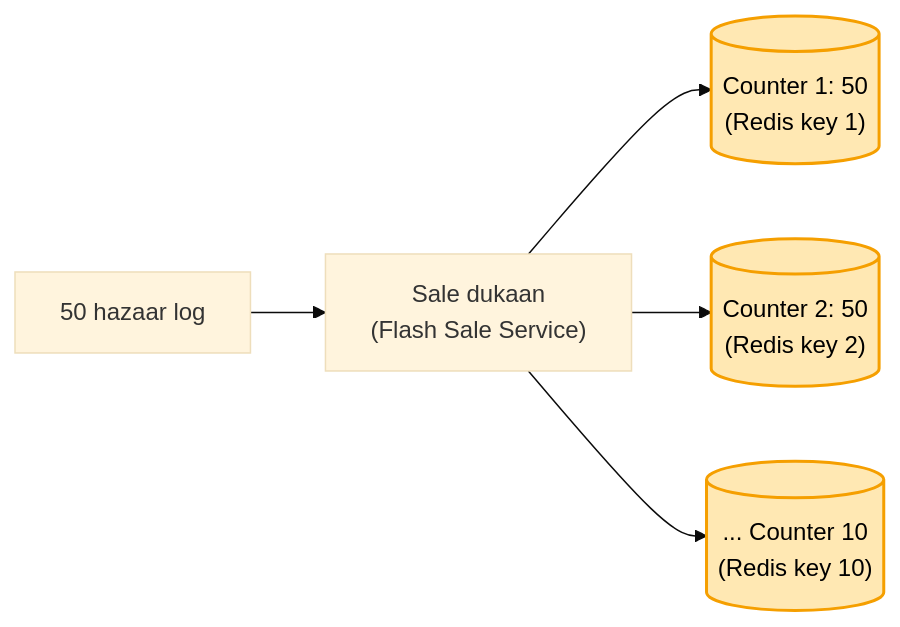
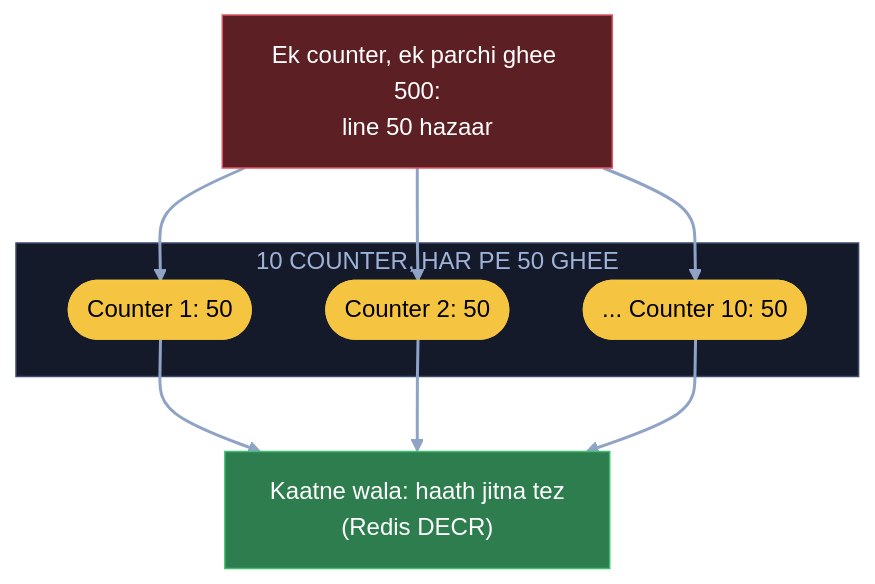
The third of 7 diagrams in 04_HLD/SYSTEM_DESIGNS/17_ecommerce/17_ecommerce.md (ArpanMaheshwari144/Prep), drawn with Mermaid (base theme) before and after one commit. The commit also changed other lines of this file, not shown here.

Commit message:
E-commerce: 7 diagram hand notes ke shabdon se (mausi ka mart, godown / shelf, sale gate)

````diff
--- a/04_HLD/SYSTEM_DESIGNS/17_ecommerce/17_ecommerce.md
+++ b/04_HLD/SYSTEM_DESIGNS/17_ecommerce/17_ecommerce.md
@@ -87,10 +112,22 @@
 ```mermaid
-flowchart LR
-    U["50 hazaar log"] --> F["Sale dukaan<br/>(Flash Sale Service)"]
-    F --> C1[("Counter 1: 50<br/>(Redis key 1)")]
-    F --> C2[("Counter 2: 50<br/>(Redis key 2)")]
-    F --> CN[("... Counter 10<br/>(Redis key 10)")]
-    style C1 fill:#ffe8b3,stroke:#f59f00,stroke-width:2px,color:#000
-    style C2 fill:#ffe8b3,stroke:#f59f00,stroke-width:2px,color:#000
-    style CN fill:#ffe8b3,stroke:#f59f00,stroke-width:2px,color:#000
+flowchart TB
+    X["Ek counter, ek parchi ghee 500:<br/>line 50 hazaar"]:::bad
+    subgraph TC["10 COUNTER, HAR PE 50 GHEE"]
+        C1(["Counter 1: 50"]):::pill
+        C2(["Counter 2: 50"]):::pill
+        CN(["... Counter 10: 50"]):::pill
+    end
+    K["Kaatne wala: haath jitna tez<br/>(Redis DECR)"]:::good
+    X --> C1
+    X --> C2
+    X --> CN
+    C1 --> K
+    C2 --> K
+    CN --> K
+    linkStyle default stroke:#8fa3c7,stroke-width:2px
+    classDef card fill:#1e2638,stroke:#3a4a6b,color:#e8ecf5
+    classDef pill fill:#f5c542,stroke:#f5c542,color:#000
+    classDef good fill:#2e7d4f,stroke:#3fbf6f,color:#fff
+    classDef bad fill:#5c1f24,stroke:#e05561,color:#fff
+    style TC fill:#141a29,stroke:#3a4a6b,color:#9fb3d9
 ```
````
